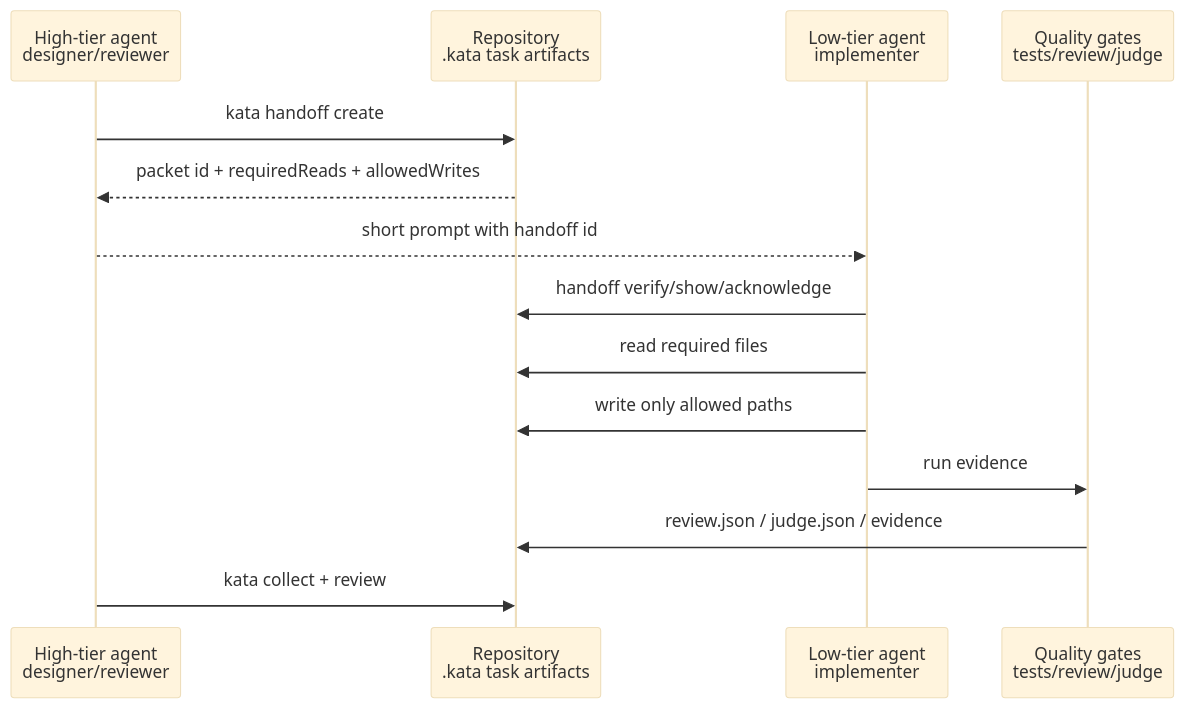
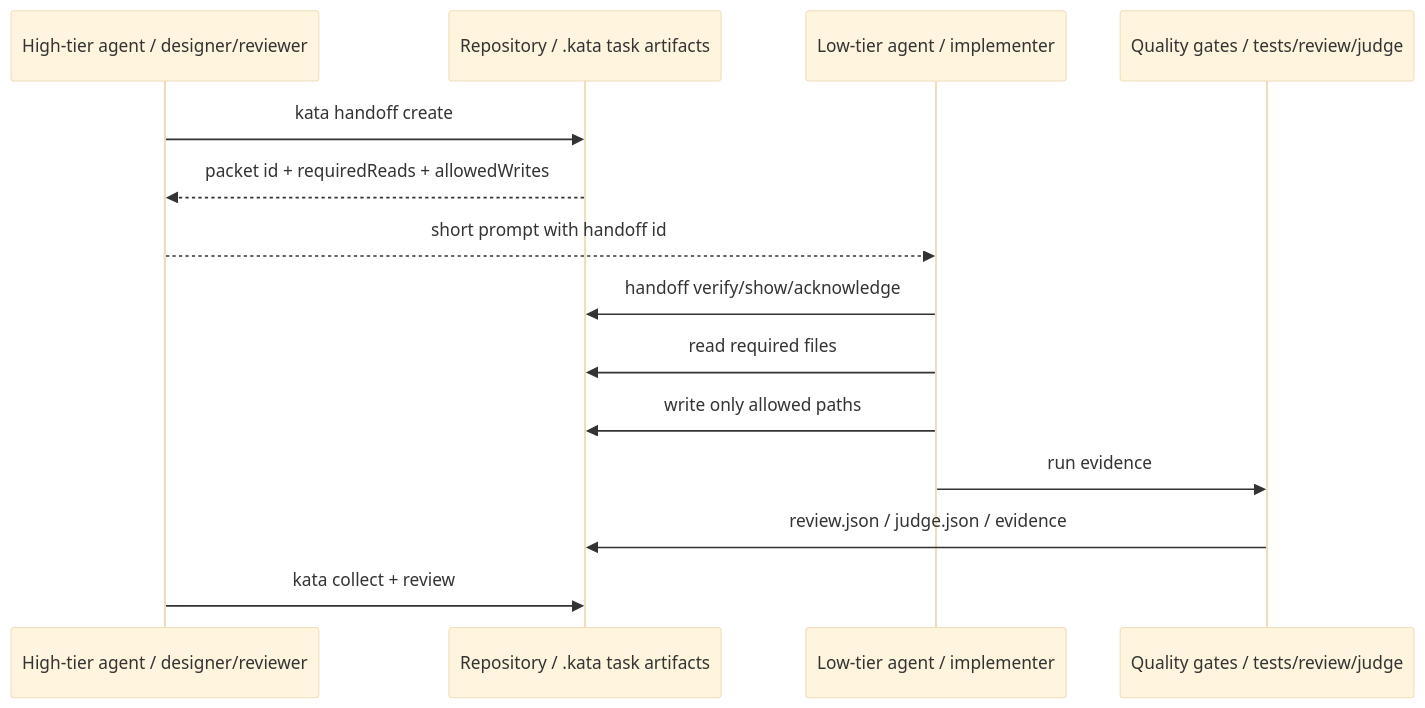
One commit to geebytes/kata changed the fourth of 6 diagrams in README.md. Above: the diagram before and after it, drawn with Mermaid (base theme). The commit also changed other lines of this file and 1 other file, not shown here.

Commit message:
docs: fix mermaid diagrams — replace br tags with plain text separators

````diff
--- a/README.md
+++ b/README.md
@@ -150,17 +150,17 @@
 ```mermaid
 sequenceDiagram
-    participant H as High-tier agent<br/>designer/reviewer
-    participant R as Repository<br/>.kata task artifacts
-    participant L as Low-tier agent<br/>implementer
-    participant Q as Quality gates<br/>tests/review/judge
+    participant H as High-tier agent / designer/reviewer
+    participant R as Repository / .kata task artifacts
+    participant L as Low-tier agent / implementer
+    participant Q as Quality gates / tests/review/judge
 
     H->>R: kata handoff create
     R-->>H: packet id + requiredReads + allowedWrites
     H-->>L: short prompt with handoff id
     L->>R: handoff verify/show/acknowledge
     L->>R: read required files
     L->>R: write only allowed paths
     L->>Q: run evidence
     Q->>R: review.json / judge.json / evidence
     H->>R: kata collect + review
 ```
````
